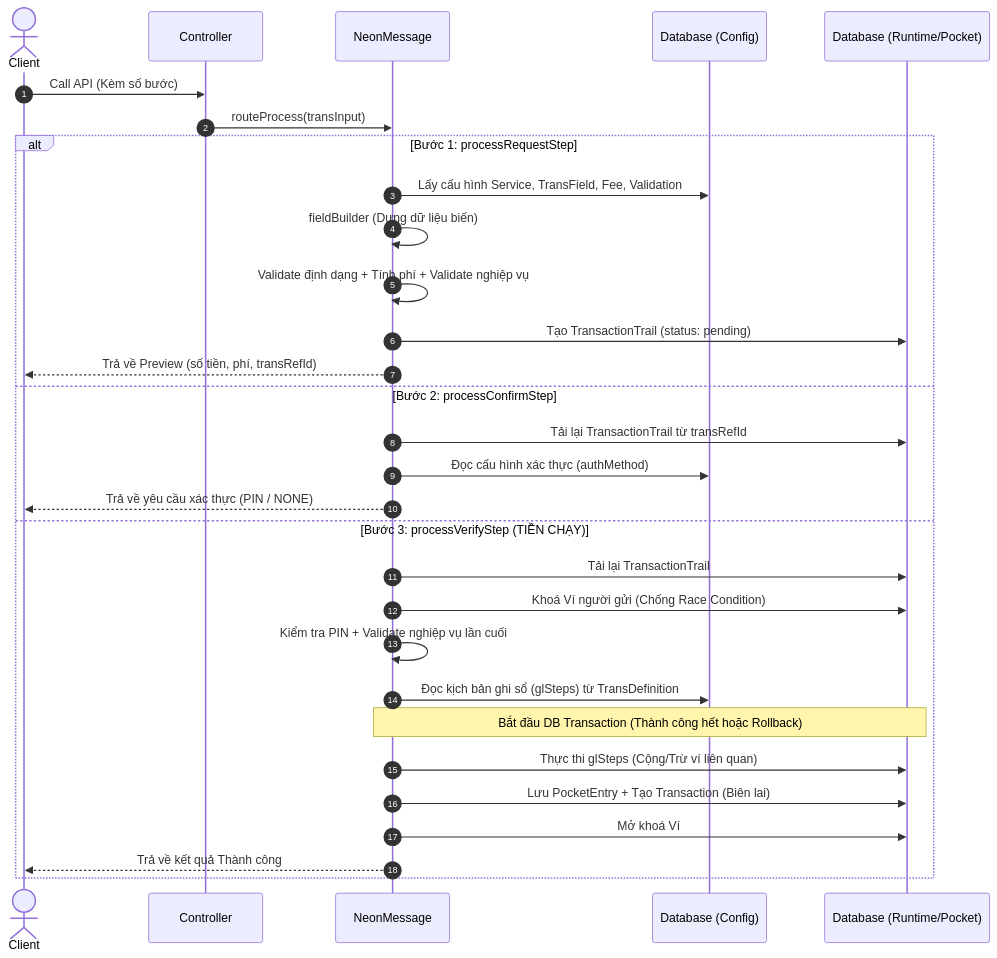
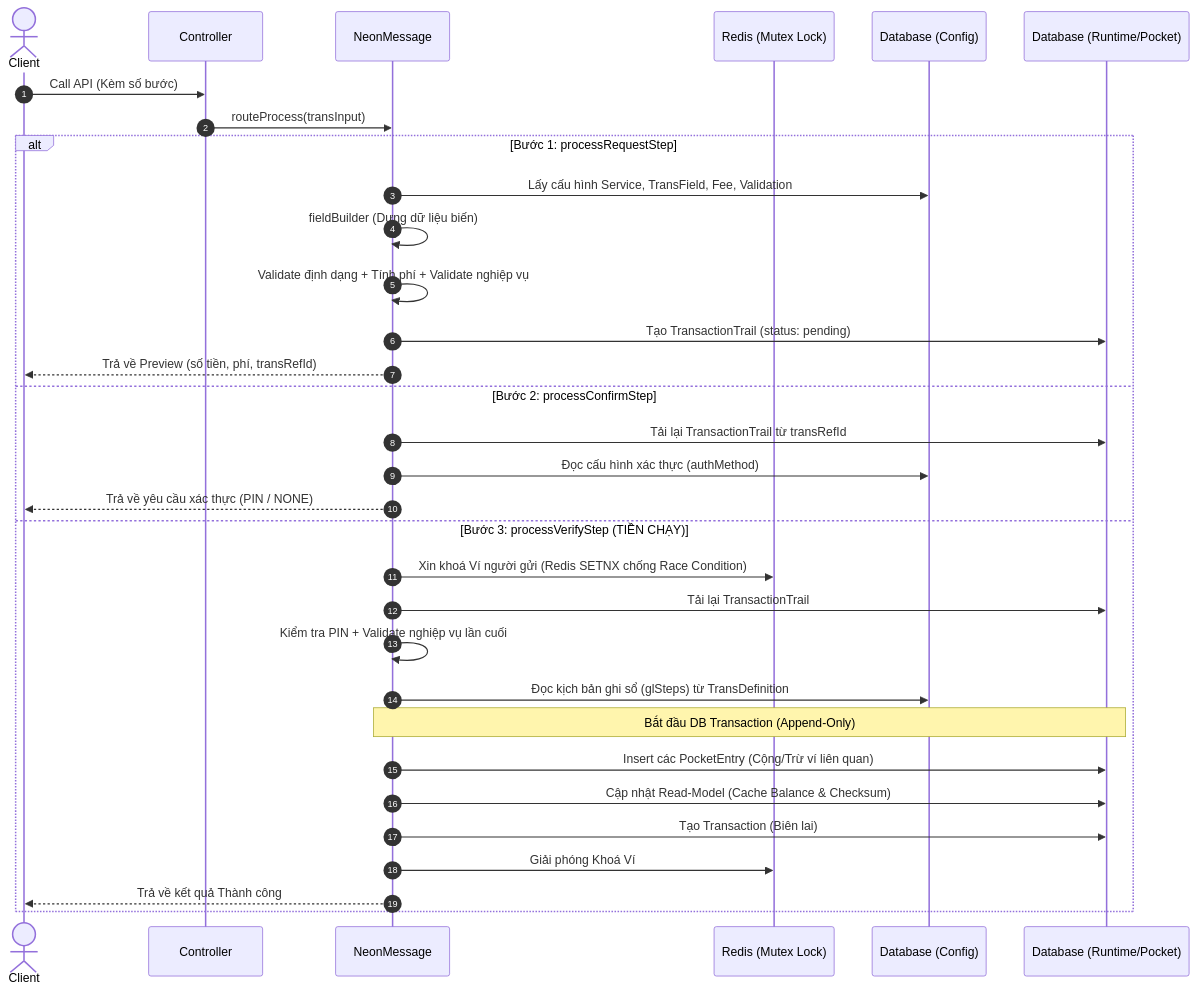
The second of 3 diagrams in jits-mini-wallet/documents/WEEK2_SOLUTION.md (HungND-flocus/JITS-Fullstack-Internship), drawn with Mermaid before and after one commit. The commit also changed other lines of this file and 2 other files, not shown here.

Commit message:
docs(design): upgrade architecture with Redis Mutex and Append-Only ledger

````diff
--- a/jits-mini-wallet/documents/WEEK2_SOLUTION.md
+++ b/jits-mini-wallet/documents/WEEK2_SOLUTION.md
@@ -89,37 +90,39 @@
 ```mermaid
 sequenceDiagram
     autonumber
     actor Client
     participant Controller
     participant Engine as NeonMessage
+    participant Redis as Redis (Mutex Lock)
     participant Config as Database (Config)
     participant Ledger as Database (Runtime/Pocket)
 
     Client->>Controller: Call API (Kèm số bước)
     Controller->>Engine: routeProcess(transInput)
 
     alt Bước 1: processRequestStep
         Engine->>Config: Lấy cấu hình Service, TransField, Fee, Validation
         Engine->>Engine: fieldBuilder (Dựng dữ liệu biến)
         Engine->>Engine: Validate định dạng + Tính phí + Validate nghiệp vụ
         Engine->>Ledger: Tạo TransactionTrail (status: pending)
         Engine-->>Client: Trả về Preview (số tiền, phí, transRefId)
     
     else Bước 2: processConfirmStep
         Engine->>Ledger: Tải lại TransactionTrail từ transRefId
         Engine->>Config: Đọc cấu hình xác thực (authMethod)
         Engine-->>Client: Trả về yêu cầu xác thực (PIN / NONE)
         
     else Bước 3: processVerifyStep (TIỀN CHẠY)
+        Engine->>Redis: Xin khoá Ví người gửi (Redis SETNX chống Race Condition)
         Engine->>Ledger: Tải lại TransactionTrail
-        Engine->>Ledger: Khoá Ví người gửi (Chống Race Condition)
         Engine->>Engine: Kiểm tra PIN + Validate nghiệp vụ lần cuối
         
         Engine->>Config: Đọc kịch bản ghi sổ (glSteps) từ TransDefinition
-        Note over Engine, Ledger: Bắt đầu DB Transaction (Thành công hết hoặc Rollback)
-        Engine->>Ledger: Thực thi glSteps (Cộng/Trừ ví liên quan)
-        Engine->>Ledger: Lưu PocketEntry + Tạo Transaction (Biên lai)
-        Engine->>Ledger: Mở khoá Ví
+        Note over Engine, Ledger: Bắt đầu DB Transaction (Append-Only)
+        Engine->>Ledger: Insert các PocketEntry (Cộng/Trừ ví liên quan)
+        Engine->>Ledger: Cập nhật Read-Model (Cache Balance & Checksum)
+        Engine->>Ledger: Tạo Transaction (Biên lai)
+        Engine->>Redis: Giải phóng Khoá Ví
         Engine-->>Client: Trả về kết quả Thành công
     end
 ```
````
